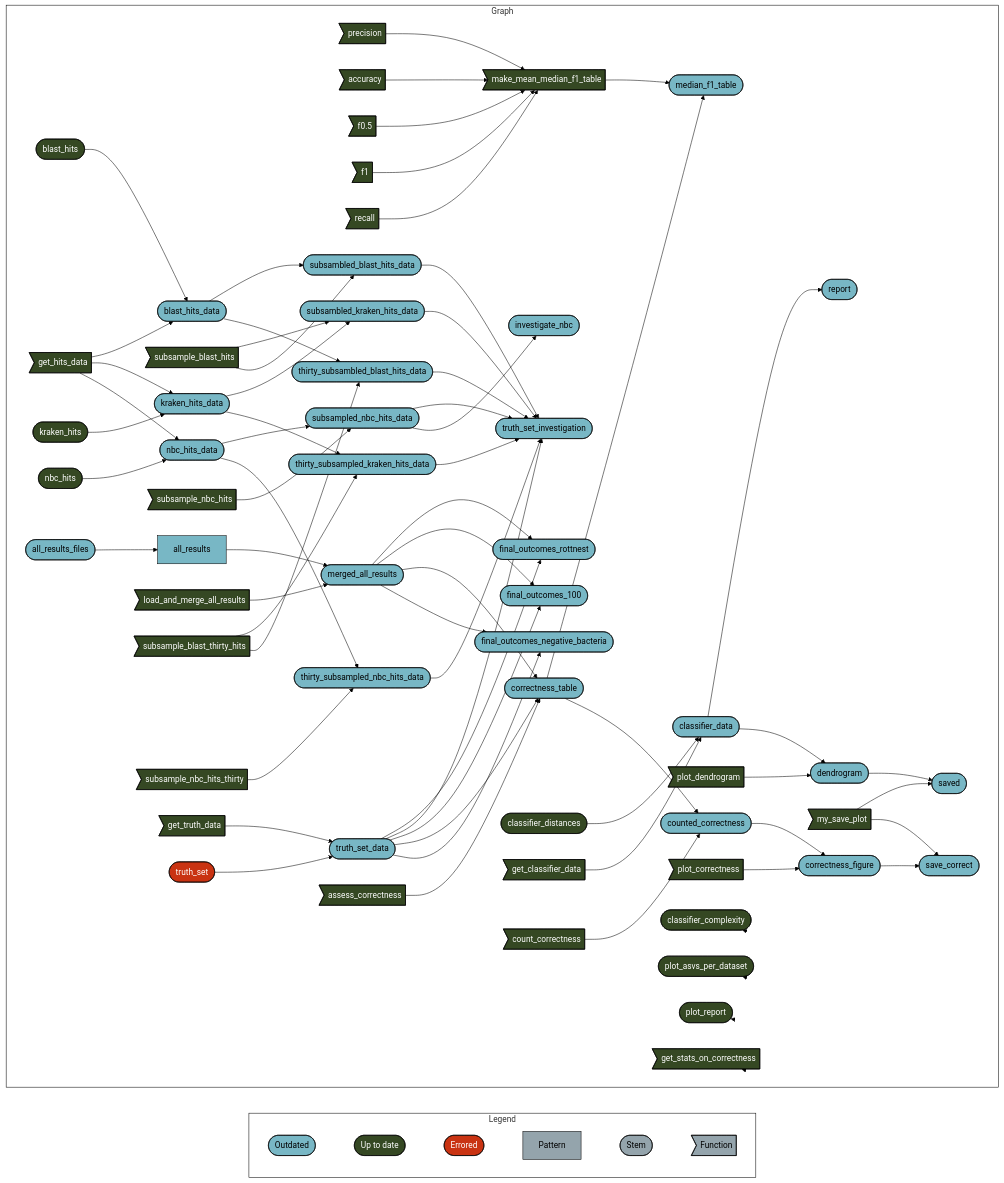
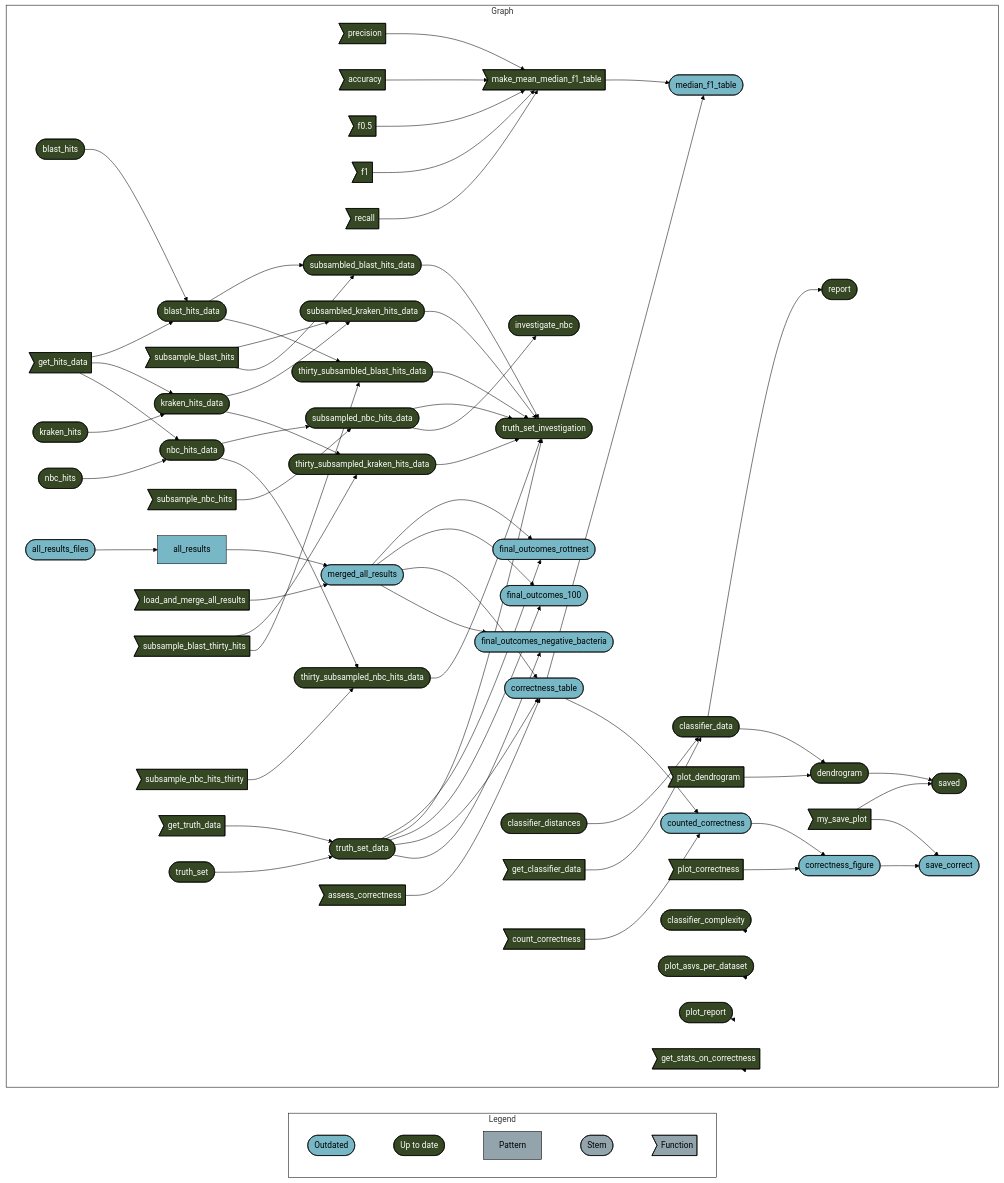
One commit to Computational-Biology-OceanOmics/OceanOmics-classifier-comparison changed the diagram in README.md. Above: the diagram before and after it, drawn with Mermaid (forest theme). The commit also changed other lines of this file and 12 other files, not shown here.

````diff
--- a/README.md
+++ b/README.md
@@ -30,8 +29,7 @@
   subgraph Legend
     direction LR
     x0a52b03877696646([""Outdated""]):::outdated --- x7420bd9270f8d27d([""Up to date""]):::uptodate
-    x7420bd9270f8d27d([""Up to date""]):::uptodate --- x4b0c520b8bc07c5b([""Errored""]):::errored
-    x4b0c520b8bc07c5b([""Errored""]):::errored --- x70a5fa6bea6f298d[""Pattern""]:::none
+    x7420bd9270f8d27d([""Up to date""]):::uptodate --- x70a5fa6bea6f298d[""Pattern""]:::none
     x70a5fa6bea6f298d[""Pattern""]:::none --- xbf4603d6c2c2ad6b([""Stem""]):::none
     xbf4603d6c2c2ad6b([""Stem""]):::none --- xf0bce276fe2b9d3e>""Function""]:::none
   end
@@ -44,59 +42,59 @@
     x47d805de93d2f724>"recall"]:::uptodate --> xcd3647a431ed3d93>"make_mean_median_f1_table"]:::uptodate
     x5f73e2549f58db1c(["correctness_table"]):::outdated --> x70622bc5282148b6(["median_f1_table"]):::outdated
     xcd3647a431ed3d93>"make_mean_median_f1_table"]:::uptodate --> x70622bc5282148b6(["median_f1_table"]):::outdated
-    x9024d58abea360f6(["kraken_hits_data"]):::outdated --> xc4269aa5995e6a3f(["subsambled_kraken_hits_data"]):::outdated
-    xa731a5475c946be2>"subsample_blast_hits"]:::uptodate --> xc4269aa5995e6a3f(["subsambled_kraken_hits_data"]):::outdated
-    x4cbe0500373226c1(["classifier_data"]):::outdated --> xe0fba61fbc506510(["report"]):::outdated
-    xc65a25d9d96e8f7c(["blast_hits"]):::uptodate --> xe9d8f2de59f79fa1(["blast_hits_data"]):::outdated
-    x837f996ab35491da>"get_hits_data"]:::uptodate --> xe9d8f2de59f79fa1(["blast_hits_data"]):::outdated
-    xe9d8f2de59f79fa1(["blast_hits_data"]):::outdated --> x7477a20106b865a4(["subsambled_blast_hits_data"]):::outdated
-    xa731a5475c946be2>"subsample_blast_hits"]:::uptodate --> x7477a20106b865a4(["subsambled_blast_hits_data"]):::outdated
-    x837f996ab35491da>"get_hits_data"]:::uptodate --> x9024d58abea360f6(["kraken_hits_data"]):::outdated
-    xc4cff7b61e825181(["kraken_hits"]):::uptodate --> x9024d58abea360f6(["kraken_hits_data"]):::outdated
-    x42612793169637e0(["nbc_hits_data"]):::outdated --> xcc0ae95627a4c782(["subsampled_nbc_hits_data"]):::outdated
-    x7cb45ddc20e499f4>"subsample_nbc_hits"]:::uptodate --> xcc0ae95627a4c782(["subsampled_nbc_hits_data"]):::outdated
+    x9024d58abea360f6(["kraken_hits_data"]):::uptodate --> xc4269aa5995e6a3f(["subsambled_kraken_hits_data"]):::uptodate
+    xa731a5475c946be2>"subsample_blast_hits"]:::uptodate --> xc4269aa5995e6a3f(["subsambled_kraken_hits_data"]):::uptodate
+    x4cbe0500373226c1(["classifier_data"]):::uptodate --> xe0fba61fbc506510(["report"]):::uptodate
+    xc65a25d9d96e8f7c(["blast_hits"]):::uptodate --> xe9d8f2de59f79fa1(["blast_hits_data"]):::uptodate
+    x837f996ab35491da>"get_hits_data"]:::uptodate --> xe9d8f2de59f79fa1(["blast_hits_data"]):::uptodate
+    xe9d8f2de59f79fa1(["blast_hits_data"]):::uptodate --> x7477a20106b865a4(["subsambled_blast_hits_data"]):::uptodate
+    xa731a5475c946be2>"subsample_blast_hits"]:::uptodate --> x7477a20106b865a4(["subsambled_blast_hits_data"]):::uptodate
+    x837f996ab35491da>"get_hits_data"]:::uptodate --> x9024d58abea360f6(["kraken_hits_data"]):::uptodate
+    xc4cff7b61e825181(["kraken_hits"]):::uptodate --> x9024d58abea360f6(["kraken_hits_data"]):::uptodate
+    x42612793169637e0(["nbc_hits_data"]):::uptodate --> xcc0ae95627a4c782(["subsampled_nbc_hits_data"]):::uptodate
+    x7cb45ddc20e499f4>"subsample_nbc_hits"]:::uptodate --> xcc0ae95627a4c782(["subsampled_nbc_hits_data"]):::uptodate
     xa63f30966279f049["all_results"]:::outdated --> x92e63fc22641faa5(["merged_all_results"]):::outdated
     x38eaffe45ba1cf7e>"load_and_merge_all_results"]:::uptodate --> x92e63fc22641faa5(["merged_all_results"]):::outdated
-    x9024d58abea360f6(["kraken_hits_data"]):::outdated --> x9f533bb9ed6cc0bf(["thirty_subsampled_kraken_hits_data"]):::outdated
-    x1f8a2aa3facf1873>"subsample_blast_thirty_hits"]:::uptodate --> x9f533bb9ed6cc0bf(["thirty_subsampled_kraken_hits_data"]):::outdated
-    x264c7e682ec442b2(["dendrogram"]):::outdated --> xaf4a1b2829040c15(["saved"]):::outdated
-    x063d54dad6ed438a>"my_save_plot"]:::uptodate --> xaf4a1b2829040c15(["saved"]):::outdated
+    x9024d58abea360f6(["kraken_hits_data"]):::uptodate --> x9f533bb9ed6cc0bf(["thirty_subsampled_kraken_hits_data"]):::uptodate
+    x1f8a2aa3facf1873>"subsample_blast_thirty_hits"]:::uptodate --> x9f533bb9ed6cc0bf(["thirty_subsampled_kraken_hits_data"]):::uptodate
+    x264c7e682ec442b2(["dendrogram"]):::uptodate --> xaf4a1b2829040c15(["saved"]):::uptodate
+    x063d54dad6ed438a>"my_save_plot"]:::uptodate --> xaf4a1b2829040c15(["saved"]):::uptodate
     x92e63fc22641faa5(["merged_all_results"]):::outdated --> xb55a8ff957ab9650(["final_outcomes_rottnest"]):::outdated
-    xbdd42ceae2a54d2c(["truth_set_data"]):::outdated --> xb55a8ff957ab9650(["final_outcomes_rottnest"]):::outdated
-    x7477a20106b865a4(["subsambled_blast_hits_data"]):::outdated --> xc7b5a37005176fd4(["truth_set_investigation"]):::outdated
-    xc4269aa5995e6a3f(["subsambled_kraken_hits_data"]):::outdated --> xc7b5a37005176fd4(["truth_set_investigation"]):::outdated
-    xcc0ae95627a4c782(["subsampled_nbc_hits_data"]):::outdated --> xc7b5a37005176fd4(["truth_set_investigation"]):::outdated
-    xf80ecf3117225a62(["thirty_subsambled_blast_hits_data"]):::outdated --> xc7b5a37005176fd4(["truth_set_investigation"]):::outdated
-    x9f533bb9ed6cc0bf(["thirty_subsampled_kraken_hits_data"]):::outdated --> xc7b5a37005176fd4(["truth_set_investigation"]):::outdated
-    x25ebbc9fc53b1418(["thirty_subsampled_nbc_hits_data"]):::outdated --> xc7b5a37005176fd4(["truth_set_investigation"]):::outdated
-    xbdd42ceae2a54d2c(["truth_set_data"]):::outdated --> xc7b5a37005176fd4(["truth_set_investigation"]):::outdated
-    x4cbe0500373226c1(["classifier_data"]):::outdated --> x264c7e682ec442b2(["dendrogram"]):::outdated
-    x994946b41121bfa6>"plot_dendrogram"]:::uptodate --> x264c7e682ec442b2(["dendrogram"]):::outdated
+    xbdd42ceae2a54d2c(["truth_set_data"]):::uptodate --> xb55a8ff957ab9650(["final_outcomes_rottnest"]):::outdated
+    x7477a20106b865a4(["subsambled_blast_hits_data"]):::uptodate --> xc7b5a37005176fd4(["truth_set_investigation"]):::uptodate
+    xc4269aa5995e6a3f(["subsambled_kraken_hits_data"]):::uptodate --> xc7b5a37005176fd4(["truth_set_investigation"]):::uptodate
+    xcc0ae95627a4c782(["subsampled_nbc_hits_data"]):::uptodate --> xc7b5a37005176fd4(["truth_set_investigation"]):::uptodate
+    xf80ecf3117225a62(["thirty_subsambled_blast_hits_data"]):::uptodate --> xc7b5a37005176fd4(["truth_set_investigation"]):::uptodate
+    x9f533bb9ed6cc0bf(["thirty_subsampled_kraken_hits_data"]):::uptodate --> xc7b5a37005176fd4(["truth_set_investigation"]):::uptodate
+    x25ebbc9fc53b1418(["thirty_subsampled_nbc_hits_data"]):::uptodate --> xc7b5a37005176fd4(["truth_set_investigation"]):::uptodate
+    xbdd42ceae2a54d2c(["truth_set_data"]):::uptodate --> xc7b5a37005176fd4(["truth_set_investigation"]):::uptodate
+    x4cbe0500373226c1(["classifier_data"]):::uptodate --> x264c7e682ec442b2(["dendrogram"]):::uptodate
+    x994946b41121bfa6>"plot_dendrogram"]:::uptodate --> x264c7e682ec442b2(["dendrogram"]):::uptodate
     x0fe0b162e5f2d977(["counted_correctness"]):::outdated --> x8c50ad78daae7d7d(["correctness_figure"]):::outdated
     x5071aff9d46fc375>"plot_correctness"]:::uptodate --> x8c50ad78daae7d7d(["correctness_figure"]):::outdated
     x92e63fc22641faa5(["merged_all_results"]):::outdated --> x4c3c668f02e94ea5(["final_outcomes_100"]):::outdated
-    xbdd42ceae2a54d2c(["truth_set_data"]):::outdated --> x4c3c668f02e94ea5(["final_outcomes_100"]):::outdated
-    xcc0ae95627a4c782(["subsampled_nbc_hits_data"]):::outdated --> x046634d8ccbfc029(["investigate_nbc"]):::outdated
+    xbdd42ceae2a54d2c(["truth_set_data"]):::uptodate --> x4c3c668f02e94ea5(["final_outcomes_100"]):::outdated
+    xcc0ae95627a4c782(["subsampled_nbc_hits_data"]):::uptodate --> x046634d8ccbfc029(["investigate_nbc"]):::uptodate
     x62f627c2bcc7f4a3>"assess_correctness"]:::uptodate --> x5f73e2549f58db1c(["correctness_table"]):::outdated
     x92e63fc22641faa5(["merged_all_results"]):::outdated --> x5f73e2549f58db1c(["correctness_table"]):::outdated
-    xbdd42ceae2a54d2c(["truth_set_data"]):::outdated --> x5f73e2549f58db1c(["correctness_table"]):::outdated
-    x837f996ab35491da>"get_hits_data"]:::uptodate --> x42612793169637e0(["nbc_hits_data"]):::outdated
-    x5117ea88dbd5add2(["nbc_hits"]):::uptodate --> x42612793169637e0(["nbc_hits_data"]):::outdated
+    xbdd42ceae2a54d2c(["truth_set_data"]):::uptodate --> x5f73e2549f58db1c(["correctness_table"]):::outdated
+    x837f996ab35491da>"get_hits_data"]:::uptodate --> x42612793169637e0(["nbc_hits_data"]):::uptodate
+    x5117ea88dbd5add2(["nbc_hits"]):::uptodate --> x42612793169637e0(["nbc_hits_data"]):::uptodate
     x2ff9bf2efd8ea8fa(["all_results_files"]):::outdated --> xa63f30966279f049["all_results"]:::outdated
-    x42612793169637e0(["nbc_hits_data"]):::outdated --> x25ebbc9fc53b1418(["thirty_subsampled_nbc_hits_data"]):::outdated
-    x476c8f557e2b0910>"subsample_nbc_hits_thirty"]:::uptodate --> x25ebbc9fc53b1418(["thirty_subsampled_nbc_hits_data"]):::outdated
-    x544a22aeaed1b2e4>"get_truth_data"]:::uptodate --> xbdd42ceae2a54d2c(["truth_set_data"]):::outdated
-    x70199d3b1152e374(["truth_set"]):::errored --> xbdd42ceae2a54d2c(["truth_set_data"]):::outdated
+    x42612793169637e0(["nbc_hits_data"]):::uptodate --> x25ebbc9fc53b1418(["thirty_subsampled_nbc_hits_data"]):::uptodate
+    x476c8f557e2b0910>"subsample_nbc_hits_thirty"]:::uptodate --> x25ebbc9fc53b1418(["thirty_subsampled_nbc_hits_data"]):::uptodate
+    x544a22aeaed1b2e4>"get_truth_data"]:::uptodate --> xbdd42ceae2a54d2c(["truth_set_data"]):::uptodate
+    x70199d3b1152e374(["truth_set"]):::uptodate --> xbdd42ceae2a54d2c(["truth_set_data"]):::uptodate
     x92e63fc22641faa5(["merged_all_results"]):::outdated --> xf37c16a7303abc16(["final_outcomes_negative_bacteria"]):::outdated
-    xbdd42ceae2a54d2c(["truth_set_data"]):::outdated --> xf37c16a7303abc16(["final_outcomes_negative_bacteria"]):::outdated
+    xbdd42ceae2a54d2c(["truth_set_data"]):::uptodate --> xf37c16a7303abc16(["final_outcomes_negative_bacteria"]):::outdated
     x8c50ad78daae7d7d(["correctness_figure"]):::outdated --> x962124a214cc566f(["save_correct"]):::outdated
     x063d54dad6ed438a>"my_save_plot"]:::uptodate --> x962124a214cc566f(["save_correct"]):::outdated
-    xf2c68c9c4c5bbbc3(["classifier_distances"]):::uptodate --> x4cbe0500373226c1(["classifier_data"]):::outdated
-    x8279777903f3f13d>"get_classifier_data"]:::uptodate --> x4cbe0500373226c1(["classifier_data"]):::outdated
+    xf2c68c9c4c5bbbc3(["classifier_distances"]):::uptodate --> x4cbe0500373226c1(["classifier_data"]):::uptodate
+    x8279777903f3f13d>"get_classifier_data"]:::uptodate --> x4cbe0500373226c1(["classifier_data"]):::uptodate
     x5f73e2549f58db1c(["correctness_table"]):::outdated --> x0fe0b162e5f2d977(["counted_correctness"]):::outdated
     x057c70bd2d39499f>"count_correctness"]:::uptodate --> x0fe0b162e5f2d977(["counted_correctness"]):::outdated
-    xe9d8f2de59f79fa1(["blast_hits_data"]):::outdated --> xf80ecf3117225a62(["thirty_subsambled_blast_hits_data"]):::outdated
-    x1f8a2aa3facf1873>"subsample_blast_thirty_hits"]:::uptodate --> xf80ecf3117225a62(["thirty_subsambled_blast_hits_data"]):::outdated
+    xe9d8f2de59f79fa1(["blast_hits_data"]):::uptodate --> xf80ecf3117225a62(["thirty_subsambled_blast_hits_data"]):::uptodate
+    x1f8a2aa3facf1873>"subsample_blast_thirty_hits"]:::uptodate --> xf80ecf3117225a62(["thirty_subsambled_blast_hits_data"]):::uptodate
     x801b32f234e20cdc(["classifier_complexity"]):::uptodate --> x801b32f234e20cdc(["classifier_complexity"]):::uptodate
     xe40955de534d0cf1(["plot_asvs_per_dataset"]):::uptodate --> xe40955de534d0cf1(["plot_asvs_per_dataset"]):::uptodate
     xbf5ac67708da2696(["plot_report"]):::uptodate --> xbf5ac67708da2696(["plot_report"]):::uptodate
@@ -104,15 +102,13 @@
   end
   classDef outdated stroke:#000000,color:#000000,fill:#78B7C5;
   classDef uptodate stroke:#000000,color:#ffffff,fill:#354823;
-  classDef errored stroke:#000000,color:#ffffff,fill:#C93312;
   classDef none stroke:#000000,color:#000000,fill:#94a4ac;
   linkStyle 0 stroke-width:0px;
   linkStyle 1 stroke-width:0px;
   linkStyle 2 stroke-width:0px;
   linkStyle 3 stroke-width:0px;
-  linkStyle 4 stroke-width:0px;
+  linkStyle 64 stroke-width:0px;
   linkStyle 65 stroke-width:0px;
   linkStyle 66 stroke-width:0px;
   linkStyle 67 stroke-width:0px;
-  linkStyle 68 stroke-width:0px;
 ```
````
